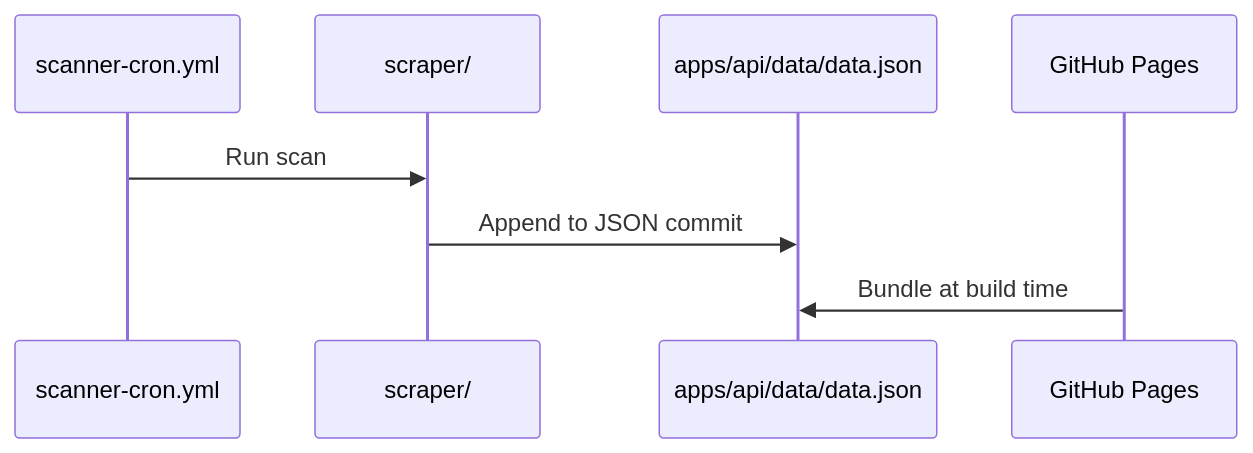
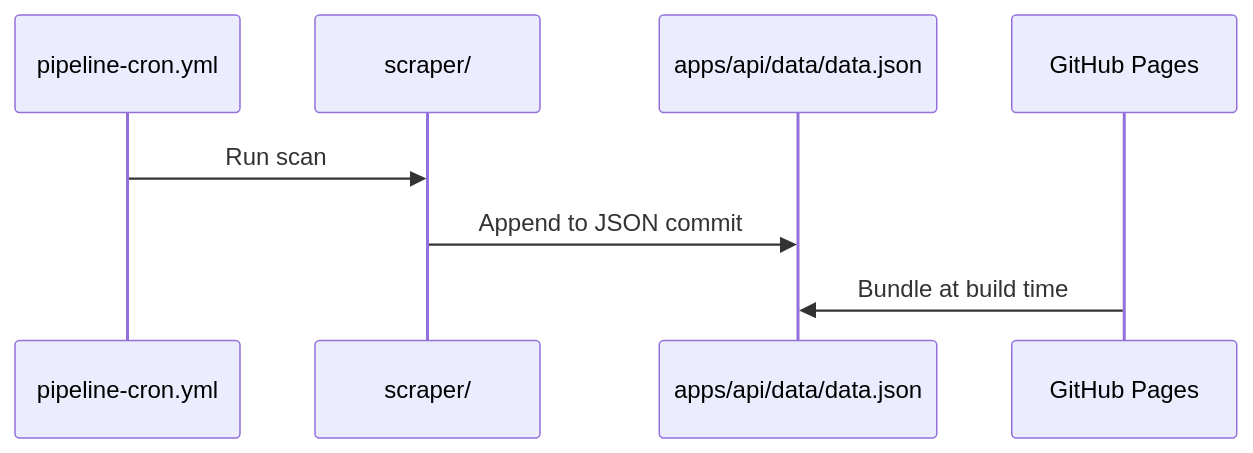
Before and after one commit to buhahemal/ai-job-hunting: the second of 4 diagrams in docs/architecture/overview.md, drawn with Mermaid. The commit also changed other lines of this file and 30 other files, not shown here.

````diff
--- a/docs/architecture/overview.md
+++ b/docs/architecture/overview.md
@@ -36,11 +36,11 @@
 ```mermaid
 sequenceDiagram
-    participant Cron as scanner-cron.yml
+    participant Cron as pipeline-cron.yml
     participant Scraper as scraper/
     participant Data as apps/api/data/data.json
     participant Pages as GitHub Pages
 
     Cron->>Scraper: Run scan
     Scraper->>Data: Append to JSON commit
     Pages->>Data: Bundle at build time
 ```
````
